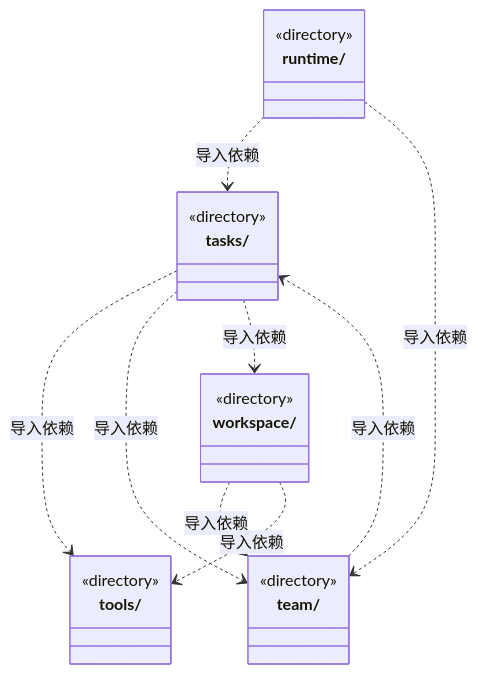
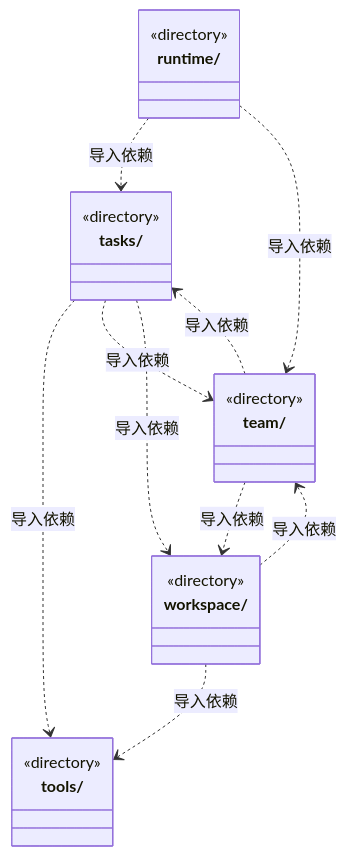
Before and after one commit to nan023062/cbim: the second of 2 diagrams in src/backend/core/ARCHITECTURE.md, drawn with Mermaid. The commit also changed other lines of this file and 97 other files, not shown here.

````diff
--- a/src/backend/core/ARCHITECTURE.md
+++ b/src/backend/core/ARCHITECTURE.md
@@ -43,26 +43,27 @@
 ```mermaid
 classDiagram
 class N_src_backend_core_runtime["runtime/"] {
   <<directory>>
 }
 class N_src_backend_core_tasks["tasks/"] {
   <<directory>>
 }
 class N_src_backend_core_team["team/"] {
   <<directory>>
 }
 class N_src_backend_core_tools["tools/"] {
   <<directory>>
 }
 class N_src_backend_core_workspace["workspace/"] {
   <<directory>>
 }
 N_src_backend_core_runtime ..> N_src_backend_core_tasks : 导入依赖
 N_src_backend_core_runtime ..> N_src_backend_core_team : 导入依赖
 N_src_backend_core_tasks ..> N_src_backend_core_tools : 导入依赖
 N_src_backend_core_tasks ..> N_src_backend_core_team : 导入依赖
 N_src_backend_core_tasks ..> N_src_backend_core_workspace : 导入依赖
 N_src_backend_core_team ..> N_src_backend_core_tasks : 导入依赖
+N_src_backend_core_team ..> N_src_backend_core_workspace : 导入依赖
 N_src_backend_core_workspace ..> N_src_backend_core_team : 导入依赖
 N_src_backend_core_workspace ..> N_src_backend_core_tools : 导入依赖
 ```
````
